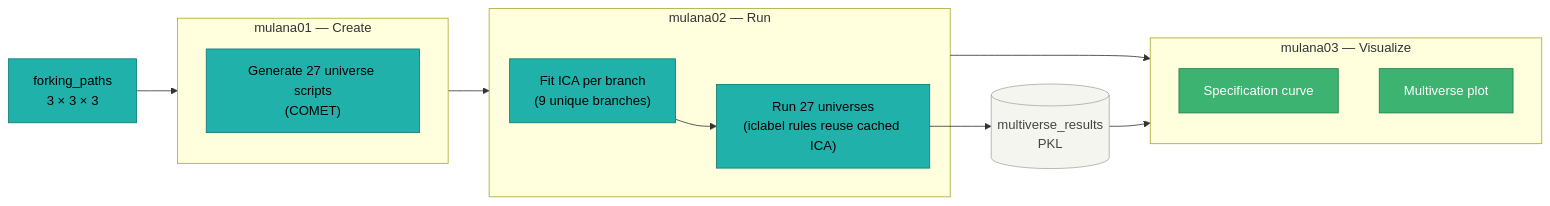
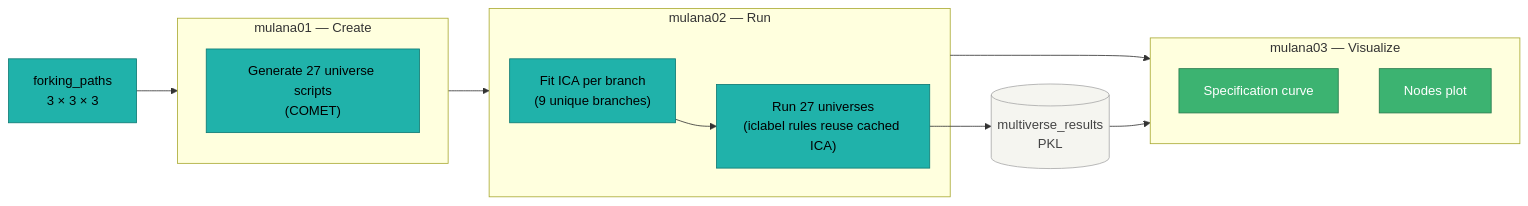
One commit to vaishvd/betaGaitMultiverse changed the second of 3 diagrams in readme.md. Above: the diagram before and after it, drawn with Mermaid. The commit also changed other lines of this file, not shown here.

````diff
--- a/readme.md
+++ b/readme.md
@@ -181,28 +193,22 @@
 ```mermaid
 flowchart LR
-
 FP["forking_paths<br/>3 × 3 × 3"]:::step --> M1
-
 subgraph M1["mulana01 — Create"]
   U["Generate 27 universe scripts<br/>(COMET)"]:::step
 end
-
 subgraph M2["mulana02 — Run"]
   IC["Fit ICA per branch<br/>(9 unique branches)"]:::step
   RU["Run 27 universes<br/>(iclabel rules reuse cached ICA)"]:::step
   IC --> RU
 end
-
 subgraph M3["mulana03 — Visualize"]
   SC["Specification curve"]:::out
-  MP["Multiverse plot"]:::out
+  MP["Nodes plot"]:::out
 end
-
 M1 --> M2 --> M3
 RU --> R[(multiverse_results<br/>PKL)]:::store
 R --> M3
-
 classDef step  fill:#20B2AA,stroke:#0e7a74,color:#000
 classDef out   fill:#3CB371,stroke:#277a4d,color:#fff
 classDef store fill:#f5f5f0,stroke:#aaa,color:#444
 ```
````
